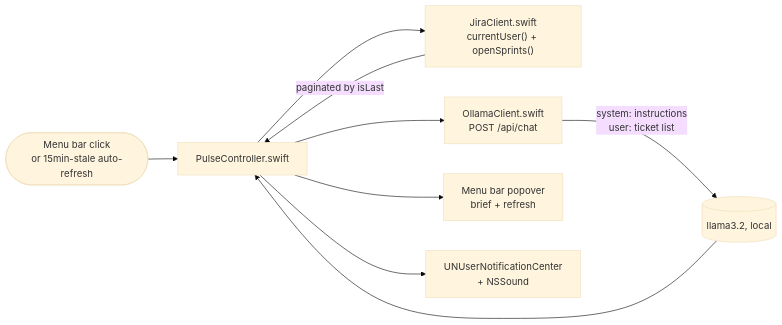
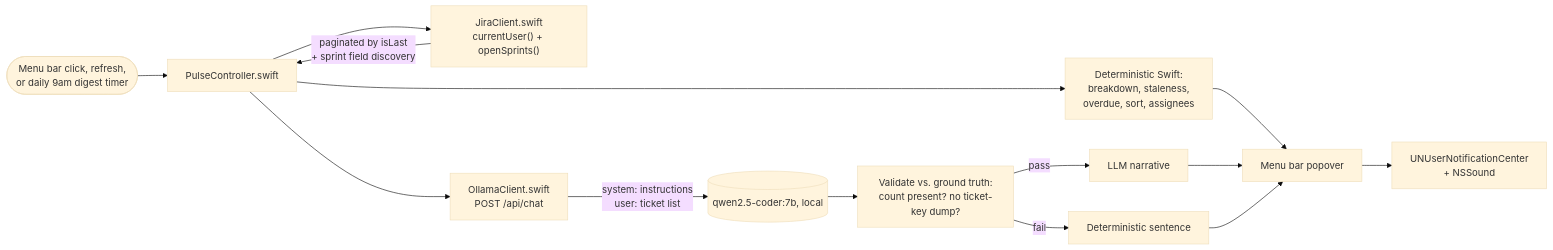
The diagram in Pulse/README.md (PlainJane20/mac-ai-apps), drawn with Mermaid (base theme) before and after one commit. The commit also changed other lines of this file, not shown here.

First line of the commit message:
Update Pulse README to match Lint's structure and current features

````diff
--- a/Pulse/README.md
+++ b/Pulse/README.md
@@ -119,11 +156,16 @@
 ```mermaid
 flowchart LR
-    Open(["Menu bar click<br/>or 15min-stale auto-refresh"]) --> Controller["PulseController.swift"]
+    Open(["Menu bar click, refresh,<br/>or daily 9am digest timer"]) --> Controller["PulseController.swift"]
     Controller --> Jira["JiraClient.swift<br/>currentUser() + openSprints()"]
-    Jira -->|paginated by isLast| Controller
+    Jira -->|paginated by isLast<br/>+ sprint field discovery| Controller
+    Controller --> Compute["Deterministic Swift:<br/>breakdown, staleness,<br/>overdue, sort, assignees"]
     Controller --> Ollama["OllamaClient.swift<br/>POST /api/chat"]
-    Ollama -->|"system: instructions<br/>user: ticket list"| Model[("llama3.2, local")]
-    Model --> Controller
-    Controller --> UI["Menu bar popover<br/>brief + refresh"]
-    Controller --> Notify["UNUserNotificationCenter<br/>+ NSSound"]
+    Ollama -->|"system: instructions<br/>user: ticket list"| Model[("qwen2.5-coder:7b, local")]
+    Model --> Validate["Validate vs. ground truth:<br/>count present? no ticket-key dump?"]
+    Validate -->|pass| Brief["LLM narrative"]
+    Validate -->|fail| Fallback["Deterministic sentence"]
+    Compute --> UI["Menu bar popover"]
+    Brief --> UI
+    Fallback --> UI
+    UI --> Notify["UNUserNotificationCenter<br/>+ NSSound"]
 ```
````
